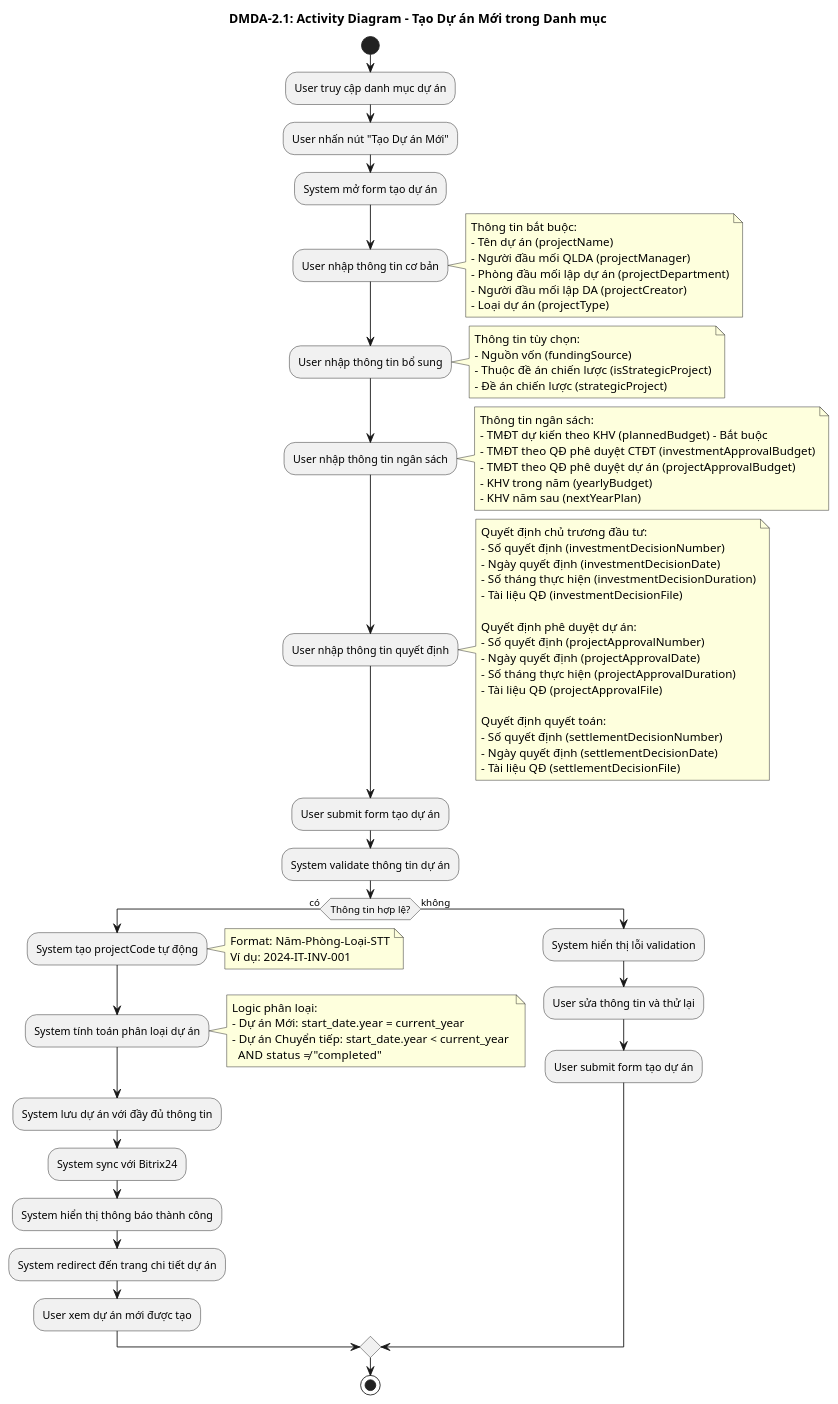
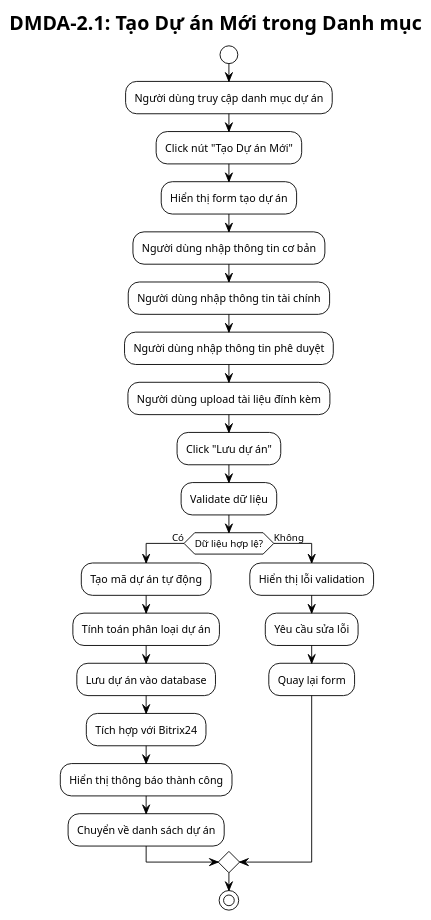
The diagram in diagrams/dmda-2.1-activity-diagram.puml (conketapp/document-bitrix24-srs), drawn with PlantUML before and after one commit. The commit also changed 8 other files, not shown here.

First line of the commit message:
Update DMDA diagrams: Simplify and improve readability

```diff
--- a/diagrams/dmda-2.1-activity-diagram.puml
+++ b/diagrams/dmda-2.1-activity-diagram.puml
@@ -1,99 +1,46 @@
 @startuml DMDA-2.1 Activity Diagram
+!theme plain
+skinparam backgroundColor #FFFFFF
+skinparam activity {
+    BackgroundColor #FFFFFF
+    BorderColor #000000
+    FontColor #000000
+}
 
-title DMDA-2.1: Activity Diagram - Tạo Dự án Mới trong Danh mục
+title DMDA-2.1: Tạo Dự án Mới trong Danh mục
 
 start
 
-:User truy cập danh mục dự án;
+:Người dùng truy cập danh mục dự án;
 
-:User nhấn nút "Tạo Dự án Mới";
+:Click nút "Tạo Dự án Mới";
 
-:System mở form tạo dự án;
+:Hiển thị form tạo dự án;
 
-:User nhập thông tin cơ bản;
-note right
-  Thông tin bắt buộc:
-  - Tên dự án (projectName)
-  - Người đầu mối QLDA (projectManager)
-  - Phòng đầu mối lập dự án (projectDepartment)
-  - Người đầu mối lập DA (projectCreator)
-  - Loại dự án (projectType)
-end note
+:Người dùng nhập thông tin cơ bản;
 
-:User nhập thông tin bổ sung;
-note right
-  Thông tin tùy chọn:
-  - Nguồn vốn (fundingSource)
-  - Thuộc đề án chiến lược (isStrategicProject)
-  - Đề án chiến lược (strategicProject)
-end note
+:Người dùng nhập thông tin tài chính;
 
-:User nhập thông tin ngân sách;
-note right
-  Thông tin ngân sách:
-  - TMĐT dự kiến theo KHV (plannedBudget) - Bắt buộc
-  - TMĐT theo QĐ phê duyệt CTĐT (investmentApprovalBudget)
-  - TMĐT theo QĐ phê duyệt dự án (projectApprovalBudget)
-  - KHV trong năm (yearlyBudget)
-  - KHV năm sau (nextYearPlan)
-end note
+:Người dùng nhập thông tin phê duyệt;
 
-:User nhập thông tin quyết định;
-note right
-  Quyết định chủ trương đầu tư:
-  - Số quyết định (investmentDecisionNumber)
-  - Ngày quyết định (investmentDecisionDate)
-  - Số tháng thực hiện (investmentDecisionDuration)
-  - Tài liệu QĐ (investmentDecisionFile)
-  
-  Quyết định phê duyệt dự án:
-  - Số quyết định (projectApprovalNumber)
-  - Ngày quyết định (projectApprovalDate)
-  - Số tháng thực hiện (projectApprovalDuration)
-  - Tài liệu QĐ (projectApprovalFile)
-  
-  Quyết định quyết toán:
-  - Số quyết định (settlementDecisionNumber)
-  - Ngày quyết định (settlementDecisionDate)
-  - Tài liệu QĐ (settlementDecisionFile)
-end note
+:Người dùng upload tài liệu đính kèm;
 
-:User submit form tạo dự án;
+:Click "Lưu dự án";
 
-:System validate thông tin dự án;
+:Validate dữ liệu;
 
-if (Thông tin hợp lệ?) then (có)
-  :System tạo projectCode tự động;
-  note right
-    Format: Năm-Phòng-Loại-STT
-    Ví dụ: 2024-IT-INV-001
-  end note
-  
-  :System tính toán phân loại dự án;
-  note right
-    Logic phân loại:
-    - Dự án Mới: start_date.year = current_year
-    - Dự án Chuyển tiếp: start_date.year < current_year 
-      AND status ≠ "completed"
-  end note
-  
-  :System lưu dự án với đầy đủ thông tin;
-  
-  :System sync với Bitrix24;
-  
-  :System hiển thị thông báo thành công;
-  
-  :System redirect đến trang chi tiết dự án;
-  
-  :User xem dự án mới được tạo;
-  
-else (không)
-  :System hiển thị lỗi validation;
-  
-  :User sửa thông tin và thử lại;
-  :User submit form tạo dự án;
+if (Dữ liệu hợp lệ?) then (Có)
+    :Tạo mã dự án tự động;
+    :Tính toán phân loại dự án;
+    :Lưu dự án vào database;
+    :Tích hợp với Bitrix24;
+    :Hiển thị thông báo thành công;
+    :Chuyển về danh sách dự án;
+else (Không)
+    :Hiển thị lỗi validation;
+    :Yêu cầu sửa lỗi;
+    :Quay lại form;
 endif
 
 stop
-
 @enduml
```
